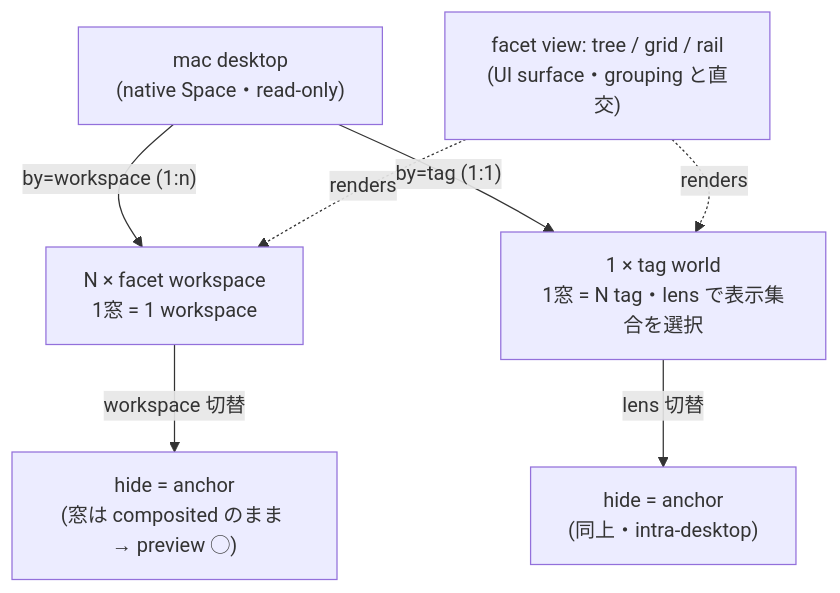
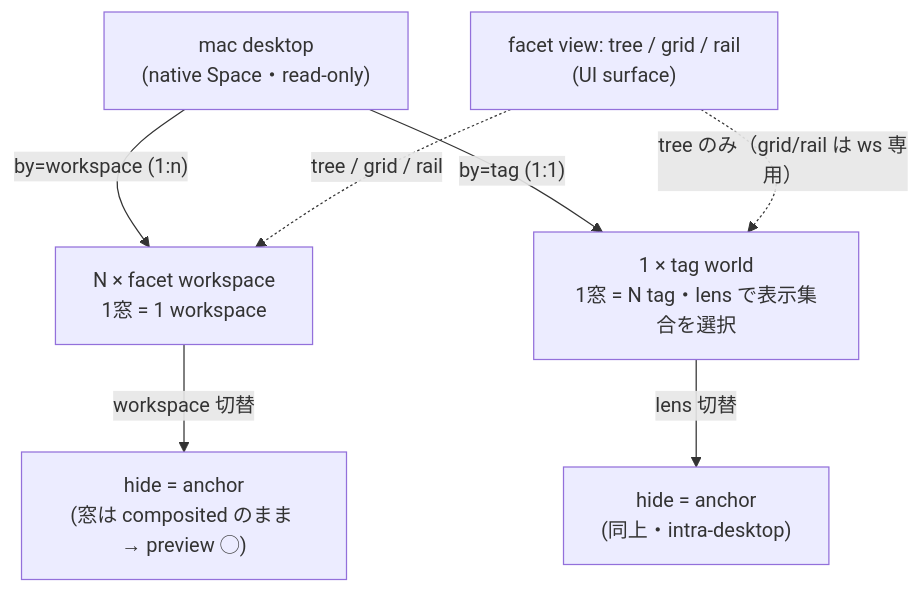
Before and after one commit to akira-toriyama/facet: the second of 2 diagrams in docs/glossary.md, drawn with Mermaid. The commit also changed other lines of this file and 5 other files, not shown here.

First line of the commit message:
:sparkles: feat(tags): tag モードで grid/rail view を拒否（workspace 専用 view ゲート）（#191 PR-5）

````diff
--- a/docs/glossary.md
+++ b/docs/glossary.md
@@ -421,11 +422,11 @@
 ```mermaid
 flowchart TB
   MD["mac desktop<br/>(native Space・read-only)"]
   MD -->|"by=workspace (1:n)"| WS["N × facet workspace<br/>1窓 = 1 workspace"]
   MD -->|"by=tag (1:1)"| TW["1 × tag world<br/>1窓 = N tag・lens で表示集合を選択"]
   WS -->|"workspace 切替"| HW["hide = anchor<br/>(窓は composited のまま → preview ◯)"]
   TW -->|"lens 切替"| HT["hide = anchor<br/>(同上・intra-desktop)"]
-  VIEW["facet view: tree / grid / rail<br/>(UI surface・grouping と直交)"]
-  VIEW -. renders .-> WS
-  VIEW -. renders .-> TW
+  VIEW["facet view: tree / grid / rail<br/>(UI surface)"]
+  VIEW -. "tree / grid / rail" .-> WS
+  VIEW -. "tree のみ（grid/rail は ws 専用）" .-> TW
 ```
````
